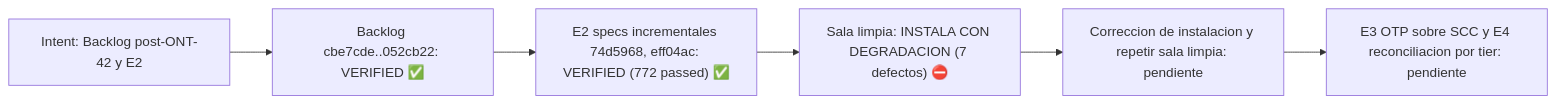
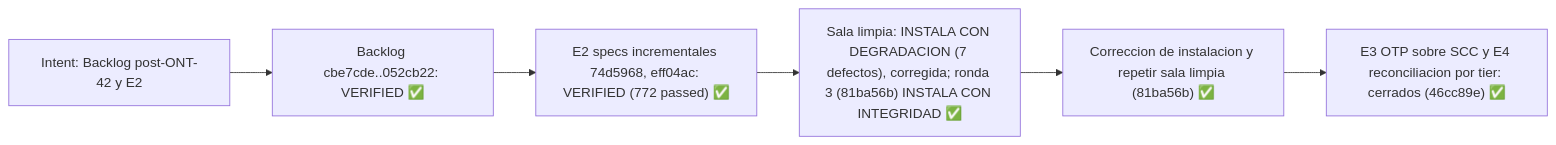
The fourth of 13 diagrams in docs/MILESTONES.md (ancrz/agent-execution-plane), drawn with Mermaid before and after one commit. The commit also changed other lines of this file and 1 other file, not shown here.

````diff
--- a/docs/MILESTONES.md
+++ b/docs/MILESTONES.md
@@ -257,8 +257,8 @@
 ```mermaid
 flowchart LR
     I6["Intent: Backlog post-ONT-42 y E2"] --> B1["Backlog cbe7cde..052cb22: VERIFIED ✅"]
     B1 --> B2["E2 specs incrementales 74d5968, eff04ac: VERIFIED (772 passed) ✅"]
-    B2 --> B3["Sala limpia: INSTALA CON DEGRADACION (7 defectos) ⛔"]
-    B3 --> B4["Correccion de instalacion y repetir sala limpia: pendiente"]
-    B4 --> B5["E3 OTP sobre SCC y E4 reconciliacion por tier: pendiente"]
+    B2 --> B3["Sala limpia: INSTALA CON DEGRADACION (7 defectos), corregida; ronda 3 (81ba56b) INSTALA CON INTEGRIDAD ✅"]
+    B3 --> B4["Correccion de instalacion y repetir sala limpia (81ba56b) ✅"]
+    B4 --> B5["E3 OTP sobre SCC y E4 reconciliacion por tier: cerrados (46cc89e) ✅"]
 ```
````
